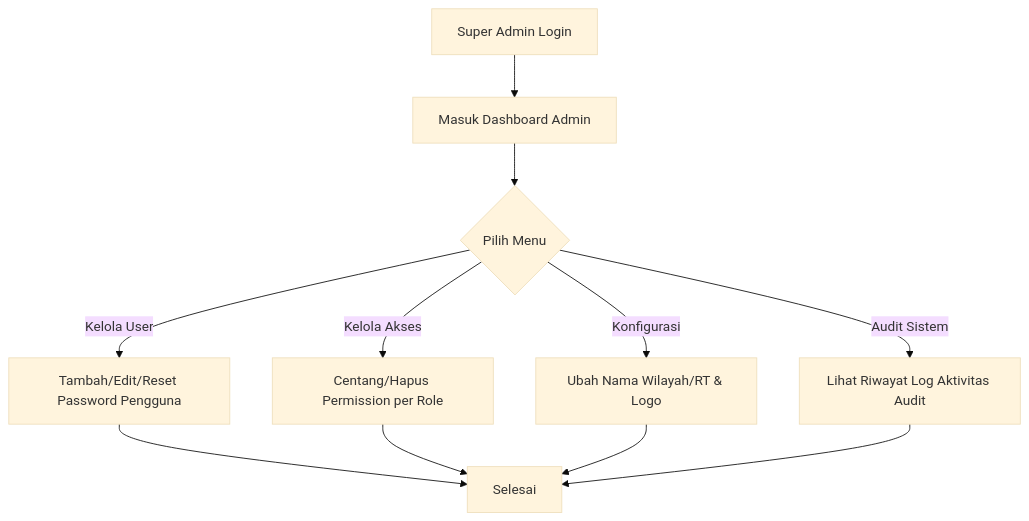
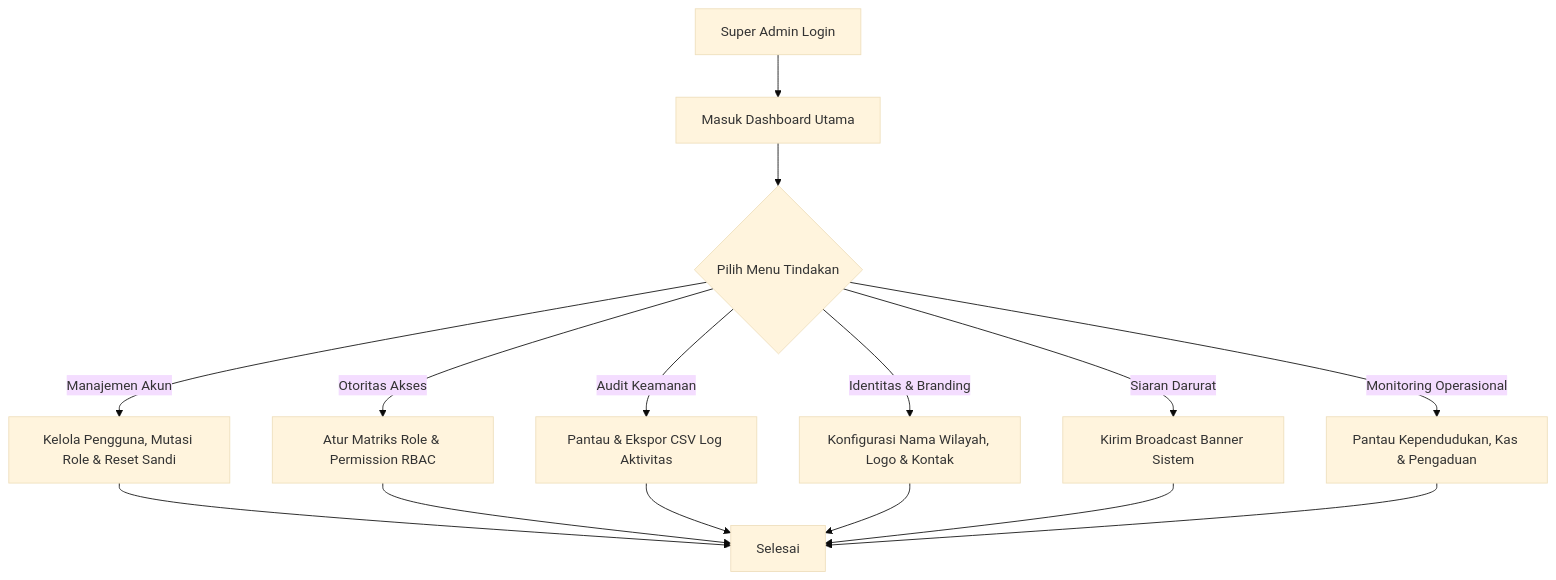
One commit to Araihan413/wargaku changed the first of 5 diagrams in docs/roles/super_admin.md. Above: the diagram before and after it, drawn with Mermaid (base theme). The commit also changed other lines of this file and 24 other files, not shown here.

````diff
--- a/docs/roles/super_admin.md
+++ b/docs/roles/super_admin.md
@@ -70,15 +110,19 @@
 ```mermaid
 flowchart TD
-    A[Super Admin Login] --> B[Masuk Dashboard Admin]
-    B --> C{Pilih Menu}
+    A[Super Admin Login] --> B[Masuk Dashboard Utama]
+    B --> C{Pilih Menu Tindakan}
     
-    C -->|Kelola User| D[Tambah/Edit/Reset Password Pengguna]
-    C -->|Kelola Akses| E[Centang/Hapus Permission per Role]
-    C -->|Konfigurasi| F[Ubah Nama Wilayah/RT & Logo]
-    C -->|Audit Sistem| G[Lihat Riwayat Log Aktivitas Audit]
+    C -->|Manajemen Akun| D[Kelola Pengguna, Mutasi Role & Reset Sandi]
+    C -->|Otoritas Akses| E[Atur Matriks Role & Permission RBAC]
+    C -->|Audit Keamanan| F[Pantau & Ekspor CSV Log Aktivitas]
+    C -->|Identitas & Branding| G[Konfigurasi Nama Wilayah, Logo & Kontak]
+    C -->|Siaran Darurat| H[Kirim Broadcast Banner Sistem]
+    C -->|Monitoring Operasional| I[Pantau Kependudukan, Kas & Pengaduan]
     
-    D --> H[Selesai]
-    E --> H
-    F --> H
-    G --> H
+    D --> J[Selesai]
+    E --> J
+    F --> J
+    G --> J
+    H --> J
+    I --> J
 ```
````
